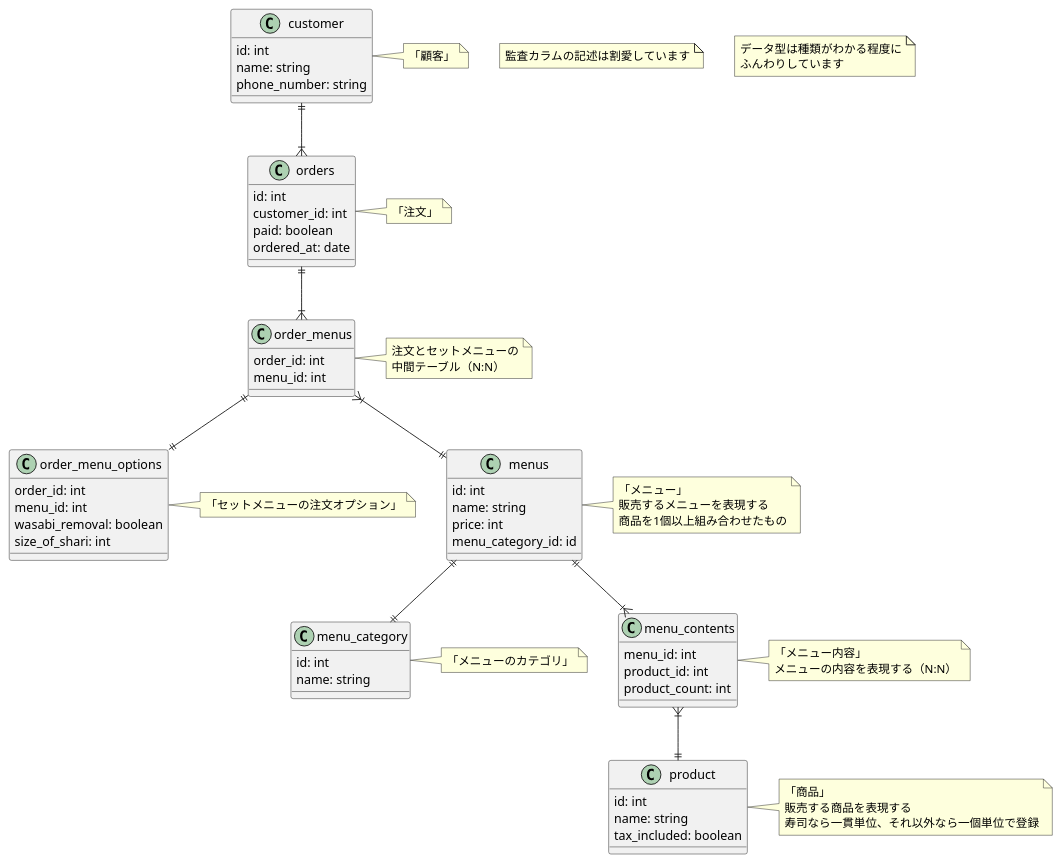
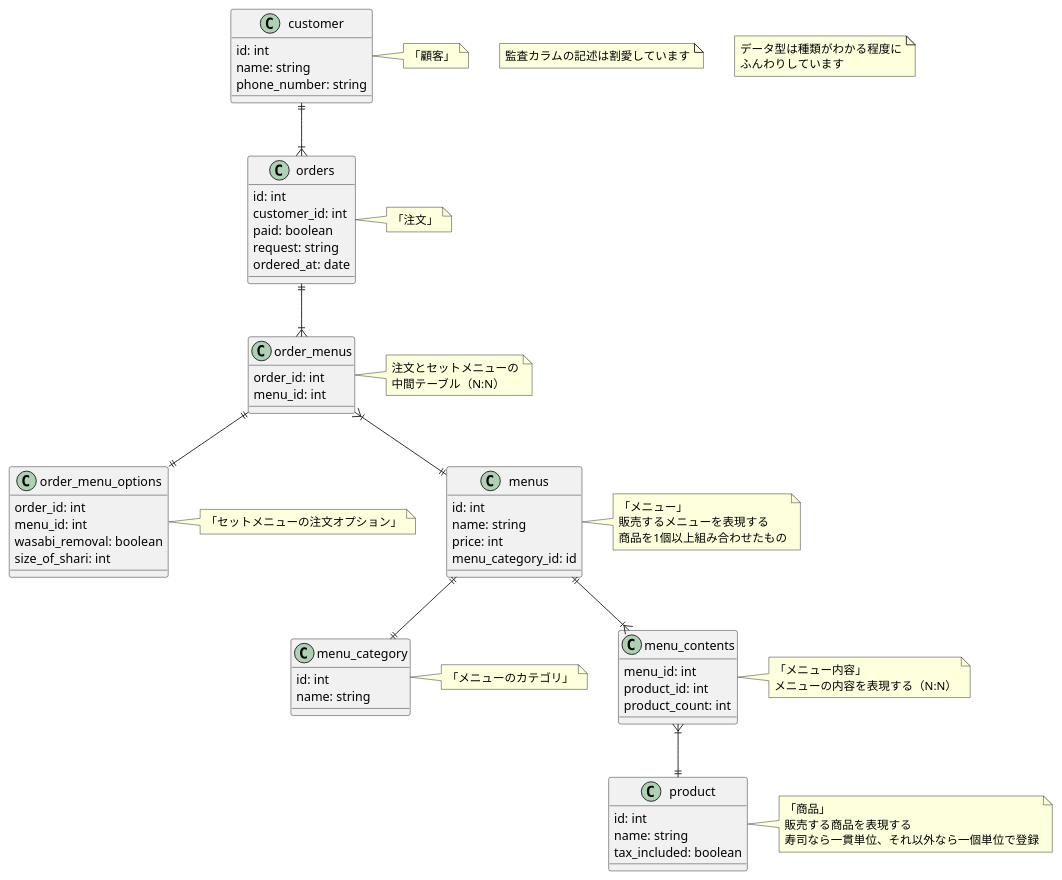
Before and after one commit to HitoroOhria/praha-challenge: the diagram in db/db-modeling-1/sushi_order.puml, drawn with PlantUML.

Commit message:
要望カラムを追加

```diff
--- a/db/db-modeling-1/sushi_order.puml
+++ b/db/db-modeling-1/sushi_order.puml
@@ -1,72 +1,73 @@
 @startuml
 'https://plantuml.com/class-diagram
 
 note "監査カラムの記述は割愛しています" as n1
 note "データ型は種類がわかる程度に\nふんわりしています" as n2
 
 class customer {
   id: int
   name: string
   phone_number: string
 }
 note right: 「顧客」
 
 class orders {
   id: int
   customer_id: int
   paid: boolean
+  request: string
   ordered_at: date
 }
 note right: 「注文」
 
 class order_menus {
   order_id: int
   menu_id: int
 }
 note right: 注文とセットメニューの\n中間テーブル（N:N）
 
 class order_menu_options {
   order_id: int
   menu_id: int
   wasabi_removal: boolean
   size_of_shari: int
 }
 note right: 「セットメニューの注文オプション」
 
 class menus {
   id: int
   name: string
   price: int
   menu_category_id: id
 }
 note right: 「メニュー」\n販売するメニューを表現する\n商品を1個以上組み合わせたもの
 
 class menu_category {
   id: int
   name: string
 }
 note right: 「メニューのカテゴリ」
 
 class menu_contents {
   menu_id: int
   product_id: int
   product_count: int
 }
 note right: 「メニュー内容」\nメニューの内容を表現する（N:N）
 
 class product {
   id: int
   name: string
   tax_included: boolean
 }
 note right: 「商品」\n販売する商品を表現する\n寿司なら一貫単位、それ以外なら一個単位で登録
 
 customer ||--|{ orders
 orders ||--|{ order_menus
 order_menus ||--|| order_menu_options
 order_menus }|--|| menus
 menus ||--|{ menu_contents
 menus ||--|| menu_category
 menu_contents }|--|| product
 
 @enduml
```
